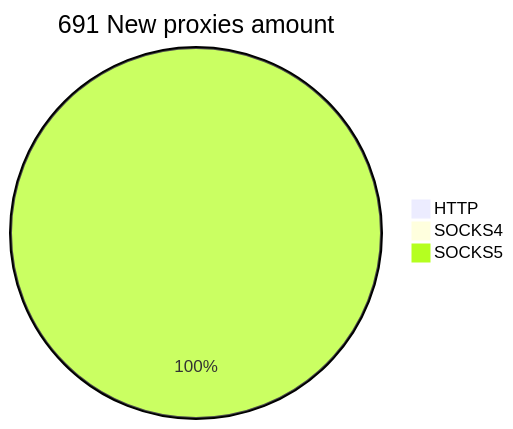
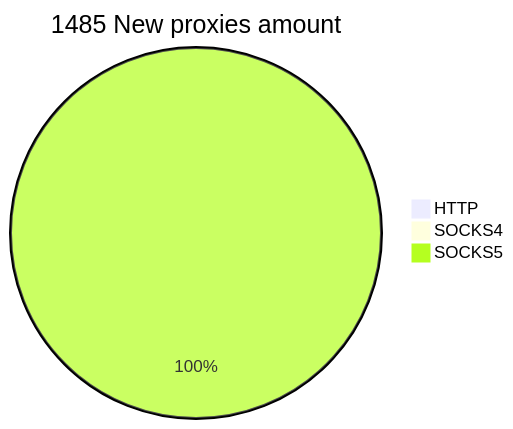
One commit to cutipu/proxylist changed the second of 2 diagrams in README.md. Above: the diagram before and after it, drawn with Mermaid. The commit also changed other lines of this file, not shown here.

````diff
--- a/README.md
+++ b/README.md
@@ -10,6 +10,6 @@
 ```mermaid
-pie title 691 New proxies amount
-    "HTTP" : 0
-    "SOCKS4" : 0
-    "SOCKS5" : 691
+pie title 1485 New proxies amount
+    "HTTP" : 1
+    "SOCKS4" : 1
+    "SOCKS5" : 1483
 ```
````
